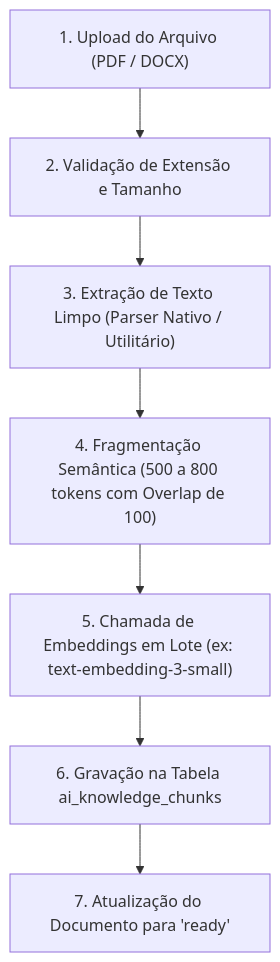
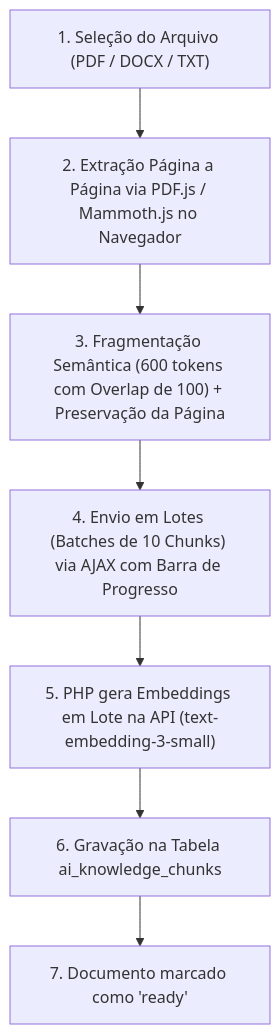
Before and after one commit to alceumatteuccijunior/sintonia: the diagram in PróximosPassos.md, drawn with Mermaid. The commit also changed other lines of this file and 6 other files, not shown here.

````diff
--- a/PróximosPassos.md
+++ b/PróximosPassos.md
@@ -111,9 +135,9 @@
 ```mermaid
 flowchart TD
-    Upload["1. Upload do Arquivo (PDF / DOCX)"] --> Validation["2. Validação de Extensão e Tamanho"]
-    Validation --> Parser["3. Extração de Texto Limpo (Parser Nativo / Utilitário)"]
-    Parser --> Chunking["4. Fragmentação Semântica (500 a 800 tokens com Overlap de 100)"]
-    Chunking --> Embedder["5. Chamada de Embeddings em Lote (ex: text-embedding-3-small)"]
+    Upload["1. Seleção do Arquivo (PDF / DOCX / TXT)"] --> ClientExtract["2. Extração Página a Página via PDF.js / Mammoth.js no Navegador"]
+    ClientExtract --> Chunking["3. Fragmentação Semântica (600 tokens com Overlap de 100) + Preservação da Página"]
+    Chunking --> BatchAjax["4. Envio em Lotes (Batches de 10 Chunks) via AJAX com Barra de Progresso"]
+    BatchAjax --> Embedder["5. PHP gera Embeddings em Lote na API (text-embedding-3-small)"]
     Embedder --> DBInsert["6. Gravação na Tabela ai_knowledge_chunks"]
-    DBInsert --> StatusUpdate["7. Atualização do Documento para 'ready'"]
+    DBInsert --> StatusUpdate["7. Documento marcado como 'ready'"]
 ```
````
